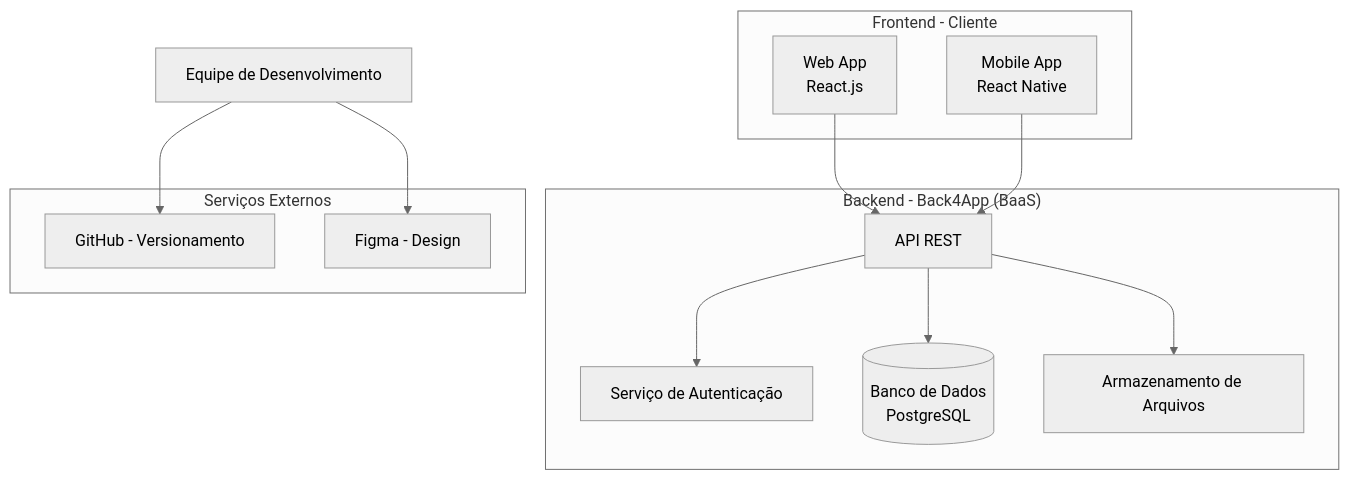
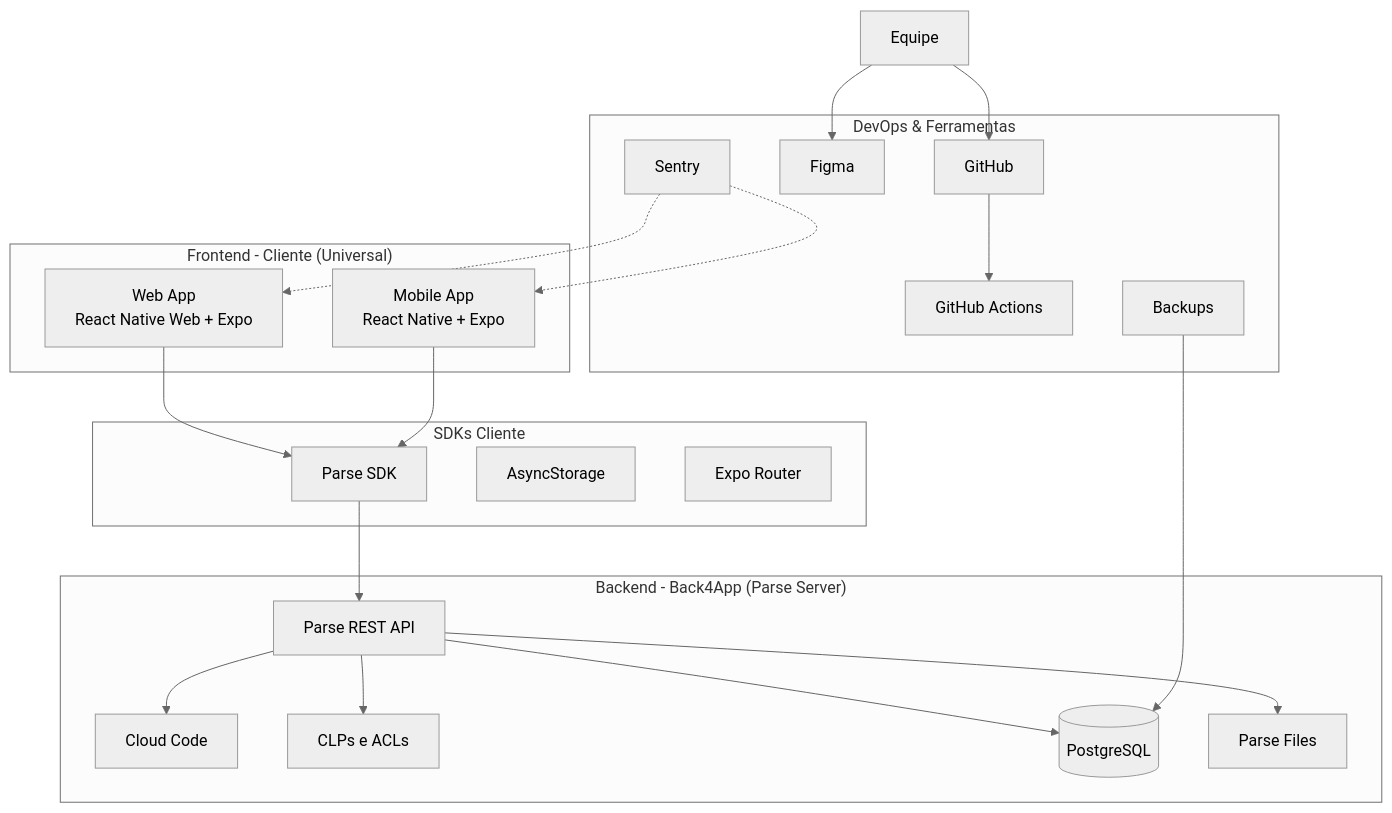
The first of 4 diagrams in docs/architecture/architecture.md (vg706/gestao-pet), drawn with Mermaid (neutral theme) before and after one commit. The commit also changed other lines of this file and 16 other files, not shown here.

````diff
--- a/docs/architecture/architecture.md
+++ b/docs/architecture/architecture.md
@@ -6,27 +17,43 @@
 ```mermaid
 graph TB
-    subgraph "Frontend - Cliente"
-        WEB[Web App<br/>React.js]
-        MOBILE[Mobile App<br/>React Native]
+    subgraph "Frontend - Cliente (Universal)"
+        WEB[Web App<br/>React Native Web + Expo]
+        MOBILE[Mobile App<br/>React Native + Expo]
     end
 
-    subgraph "Backend - Back4App (BaaS)"
-        API[API REST]
-        AUTH[Serviço de Autenticação]
-        DB[(Banco de Dados<br/>PostgreSQL)]
-        STORAGE[Armazenamento de Arquivos]
+    subgraph "SDKs Cliente"
+        PARSEJS[Parse SDK]
+        ASYNC[AsyncStorage]
+        NAV[Expo Router]
     end
 
-    subgraph "Serviços Externos"
-        GITHUB[GitHub - Versionamento]
-        FIGMA[Figma - Design]
+    subgraph "Backend - Back4App (Parse Server)"
+        API[Parse REST API]
+        CLOUD[Cloud Code]
+        CLP[CLPs e ACLs]
+        DB[(PostgreSQL)]
+        FILES[Parse Files]
     end
 
-    WEB --> API
-    MOBILE --> API
-    API --> AUTH
+    subgraph "DevOps & Ferramentas"
+        GIT[GitHub]
+        ACTIONS[GitHub Actions]
+        FIGMA[Figma]
+        SENTRY[Sentry]
+        BACKUP[Backups]
+    end
+
+    WEB --> PARSEJS
+    MOBILE --> PARSEJS
+    PARSEJS --> API
+    API --> CLOUD
     API --> DB
-    API --> STORAGE
-    DEV[Equipe de Desenvolvimento] --> GITHUB
+    API --> FILES
+    API --> CLP
+    DEV[Equipe] --> GIT
+    GIT --> ACTIONS
     DEV --> FIGMA
+    SENTRY -.-> WEB
+    SENTRY -.-> MOBILE
+    BACKUP --> DB
 ```
````
